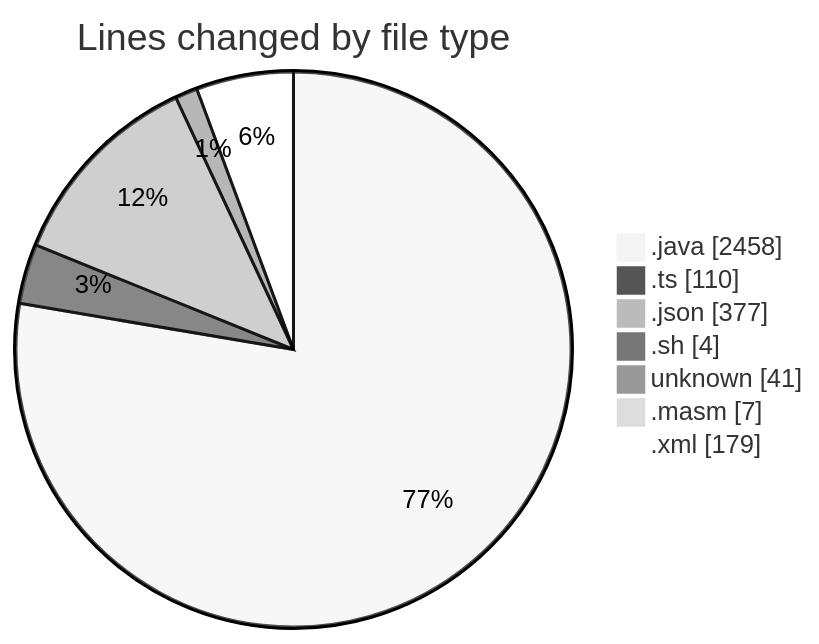
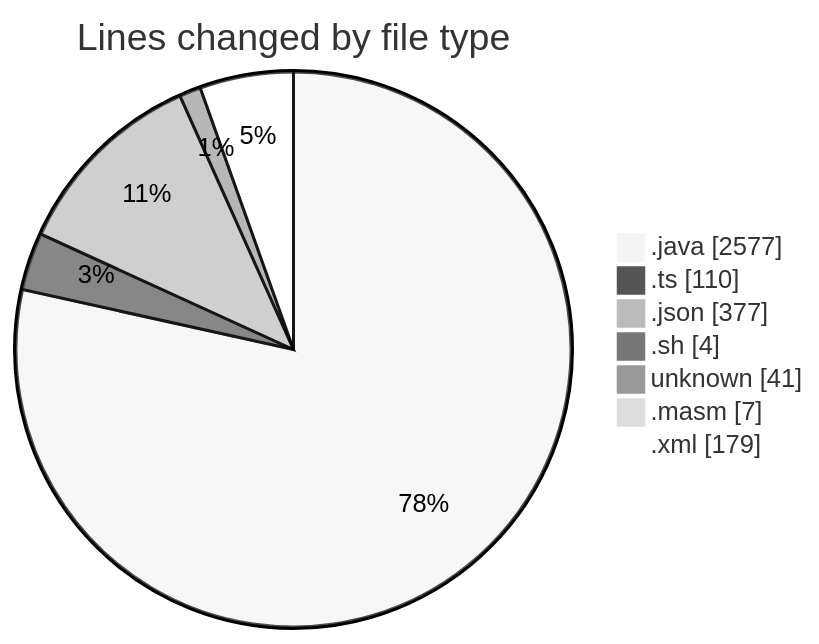
The first of 2 diagrams in 2025-02-20/micros/README.md (charlie-sans/code-tracking), drawn with Mermaid (neutral theme) before and after one commit. The commit also changed other lines of this file and 1 other file, not shown here.

````diff
--- a/2025-02-20/micros/README.md
+++ b/2025-02-20/micros/README.md
@@ -38,11 +38,11 @@
 ```mermaid
 pie showData
 title Lines changed by file type
-".java" : 2458
+".java" : 2577
 ".ts" : 110
 ".json" : 377
 ".sh" : 4
 "unknown" : 41
 ".masm" : 7
 ".xml" : 179
 ```
````
